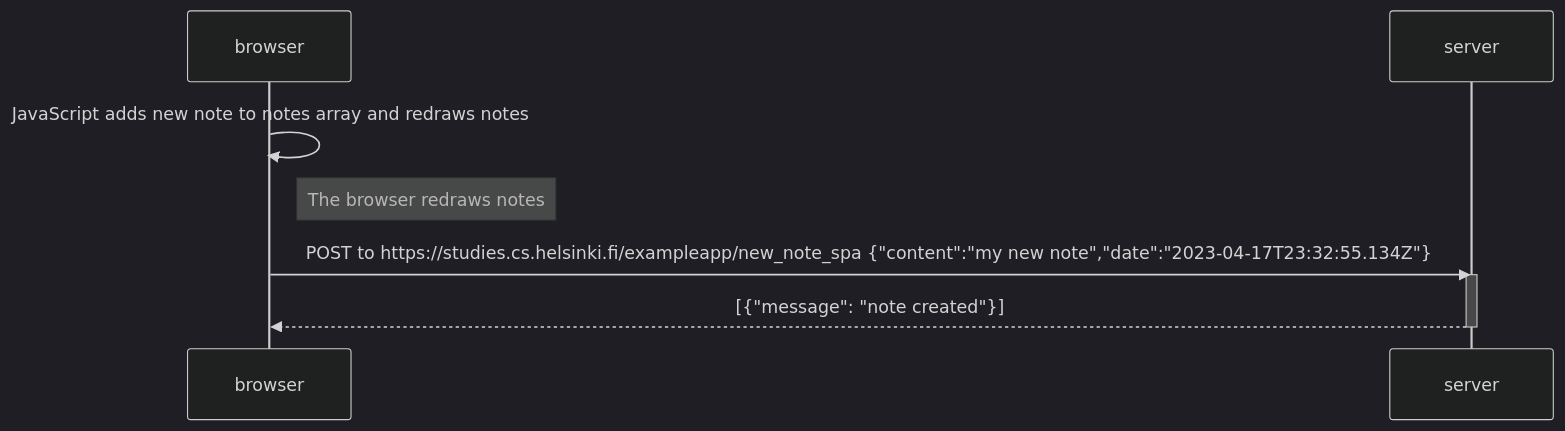
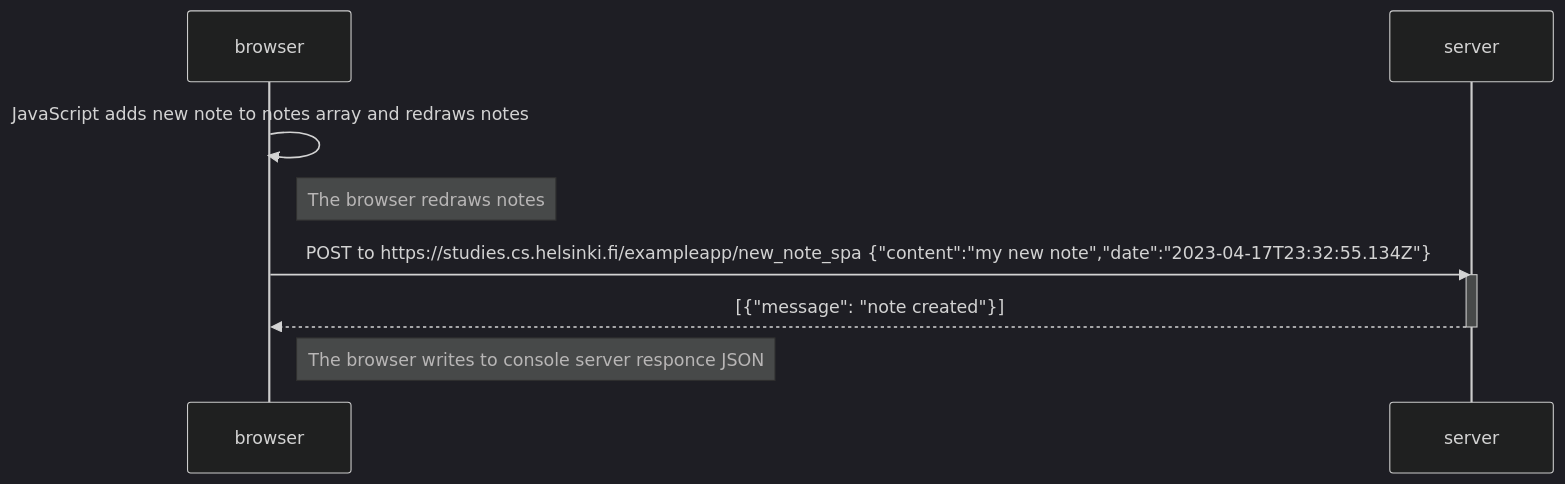
One commit to Piranya/part0 changed the diagram in 0.6.md. Above: the diagram before and after it, drawn with Mermaid (dark theme).

````diff
--- a/0.6.md
+++ b/0.6.md
@@ -1,15 +1,18 @@
 ```mermaid
 sequenceDiagram
     participant browser
     participant server
 
     browser->>browser: JavaScript adds new note to notes array and redraws notes 
 
     Note right of browser: The browser redraws notes
 
     browser->>server: POST to https://studies.cs.helsinki.fi/exampleapp/new_note_spa {"content":"my new note","date":"2023-04-17T23:32:55.134Z"}
     activate server
     server-->>browser: [{"message": "note created"}]
     deactivate server
+    
+    Note right of browser: The browser writes to console server responce JSON
+
 
 ```
````
